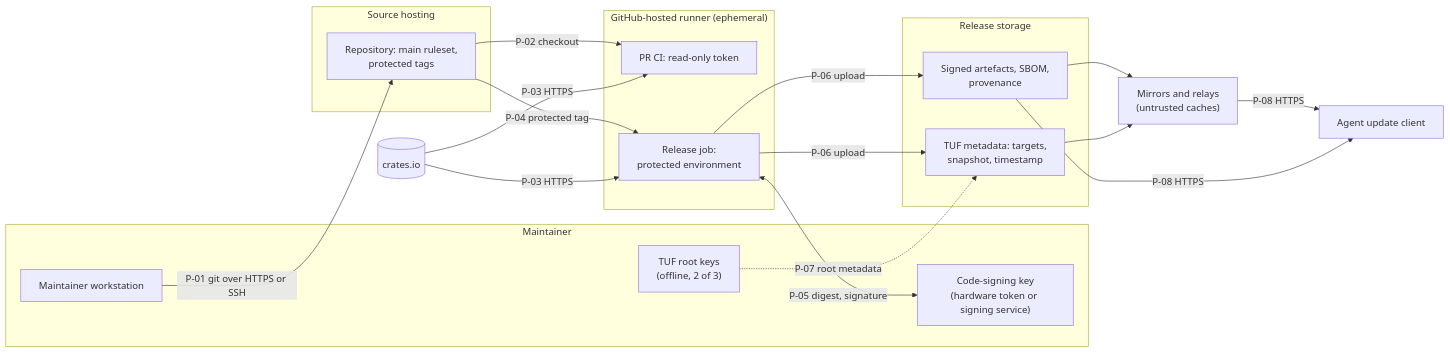
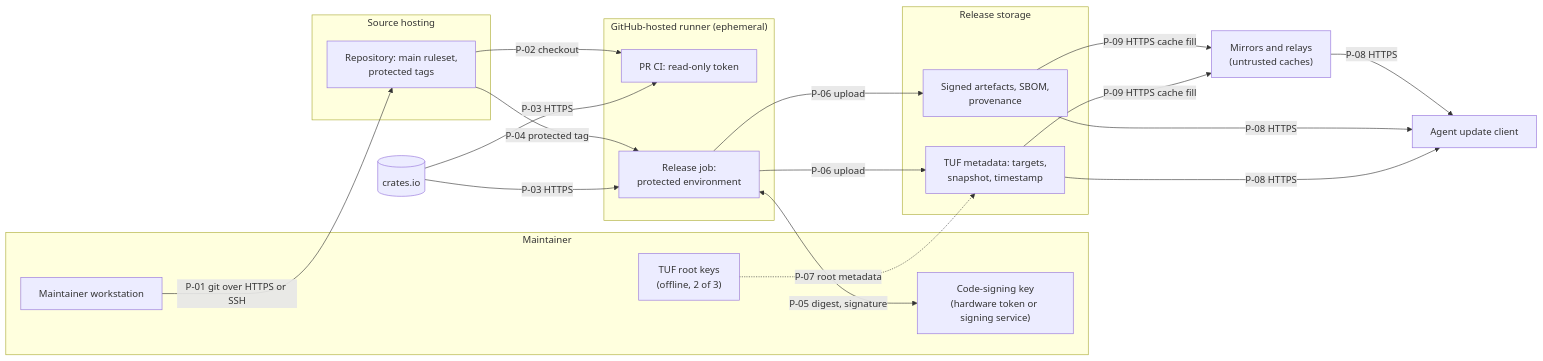
One commit to jusso-dev/palisade changed the fourth of 6 diagrams in docs/security/threat-model.md. Above: the diagram before and after it, drawn with Mermaid. The commit also changed other lines of this file, not shown here.

````diff
--- a/docs/security/threat-model.md
+++ b/docs/security/threat-model.md
@@ -376,35 +386,36 @@
 ```mermaid
 flowchart LR
   subgraph DEV["Maintainer"]
     M["Maintainer workstation"]
     TOK["Code-signing key<br/>(hardware token or signing service)"]
     TUFROOT["TUF root keys<br/>(offline, 2 of 3)"]
   end
   subgraph GH["Source hosting"]
     REPO["Repository: main ruleset,<br/>protected tags"]
   end
   REG[("crates.io")]
   subgraph RUN["GitHub-hosted runner (ephemeral)"]
     PR["PR CI: read-only token"]
     RELJOB["Release job:<br/>protected environment"]
   end
   subgraph STOREZ["Release storage"]
     ART["Signed artefacts, SBOM,<br/>provenance"]
     META["TUF metadata: targets,<br/>snapshot, timestamp"]
   end
   MIR["Mirrors and relays<br/>(untrusted caches)"]
   UPD["Agent update client"]
   M -->|"P-01 git over HTTPS or SSH"| REPO
   REPO -->|"P-02 checkout"| PR
   REG -->|"P-03 HTTPS"| PR
   REPO -->|"P-04 protected tag"| RELJOB
   REG -->|"P-03 HTTPS"| RELJOB
   RELJOB <-->|"P-05 digest, signature"| TOK
   RELJOB -->|"P-06 upload"| ART
   RELJOB -->|"P-06 upload"| META
   TUFROOT -.->|"P-07 root metadata"| META
-  ART --> MIR
-  META --> MIR
+  ART -->|"P-09 HTTPS cache fill"| MIR
+  META -->|"P-09 HTTPS cache fill"| MIR
   MIR -->|"P-08 HTTPS"| UPD
   ART -->|"P-08 HTTPS"| UPD
+  META -->|"P-08 HTTPS"| UPD
 ```
````
